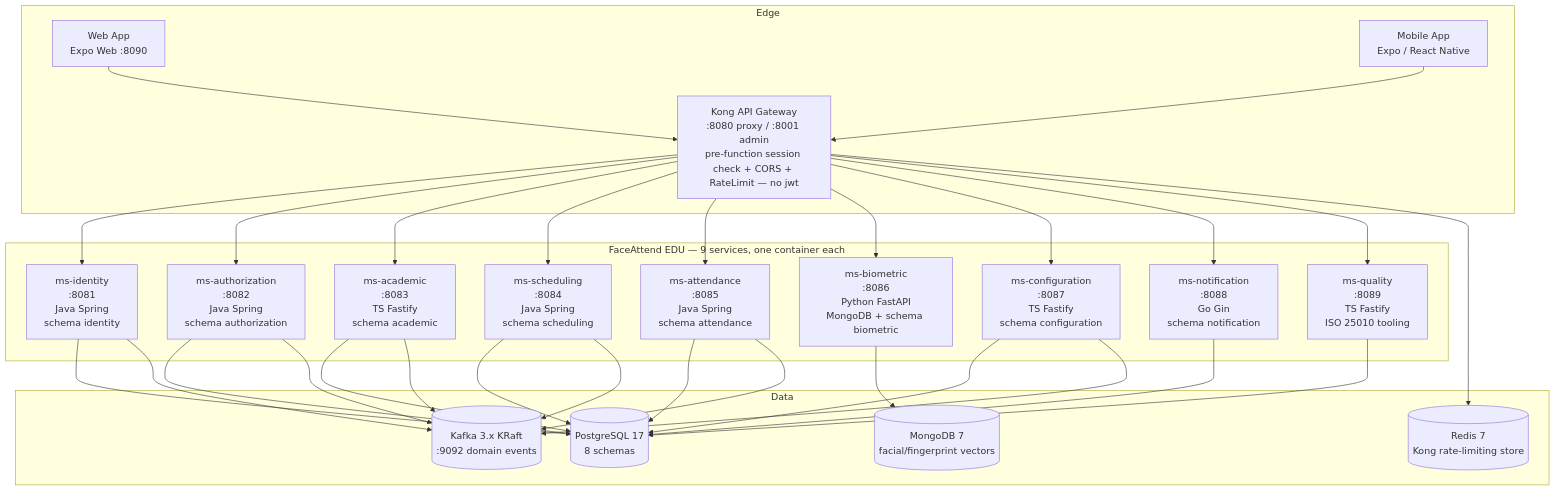
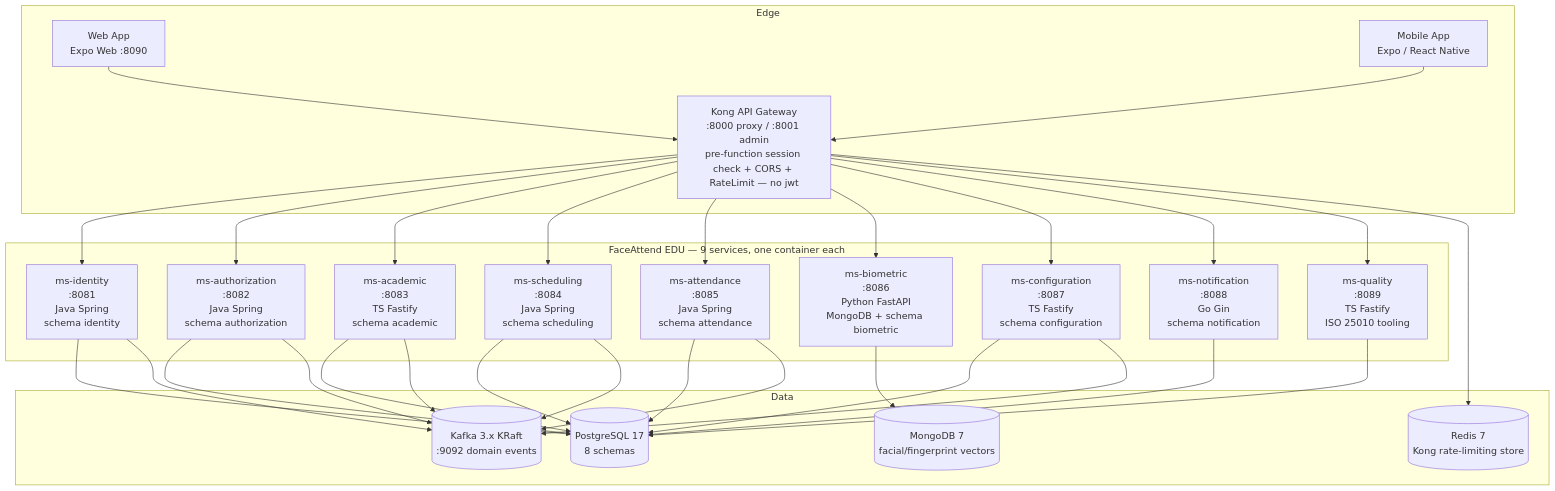
The second of 2 diagrams in 05-architecture/overview.md (code-sena/fae-docs), drawn with Mermaid before and after one commit. The commit also changed other lines of this file and 106 other files, not shown here.

First line of the commit message:
docs: align uml diagrams and fae-docs with the implemented stack and deployment

````diff
--- a/05-architecture/overview.md
+++ b/05-architecture/overview.md
@@ -57,52 +57,52 @@
 ```mermaid
 graph TB
   subgraph Edge
-    GW[Kong API Gateway<br/>:8080 proxy / :8001 admin<br/>pre-function session check + CORS + RateLimit — no jwt]
+    GW[Kong API Gateway<br/>:8000 proxy / :8001 admin<br/>pre-function session check + CORS + RateLimit — no jwt]
     WEB[Web App<br/>Expo Web :8090]
     MOB[Mobile App<br/>Expo / React Native]
   end
   subgraph Services [FaceAttend EDU — 9 services, one container each]
     ID[ms-identity<br/>:8081<br/>Java Spring<br/>schema identity]
     AZ[ms-authorization<br/>:8082<br/>Java Spring<br/>schema authorization]
     AC[ms-academic<br/>:8083<br/>TS Fastify<br/>schema academic]
     SC[ms-scheduling<br/>:8084<br/>Java Spring<br/>schema scheduling]
     AT[ms-attendance<br/>:8085<br/>Java Spring<br/>schema attendance]
     BM[ms-biometric<br/>:8086<br/>Python FastAPI<br/>MongoDB + schema biometric]
     CF[ms-configuration<br/>:8087<br/>TS Fastify<br/>schema configuration]
     NT[ms-notification<br/>:8088<br/>Go Gin<br/>schema notification]
     QL[ms-quality<br/>:8089<br/>TS Fastify<br/>ISO 25010 tooling]
   end
   subgraph Data
     PG[(PostgreSQL 17<br/>8 schemas)]
     MG[(MongoDB 7<br/>facial/fingerprint vectors)]
     RD[(Redis 7<br/>Kong rate-limiting store)]
     KA[(Kafka 3.x KRaft<br/>:9092 domain events)]
   end
   WEB --> GW
   MOB --> GW
   GW --> ID
   GW --> AZ
   GW --> AC
   GW --> SC
   GW --> AT
   GW --> BM
   GW --> CF
   GW --> NT
   GW --> QL
   ID --> PG
   AZ --> PG
   AC --> PG
   SC --> PG
   AT --> PG
   NT --> PG
   CF --> PG
   QL --> PG
   BM --> MG
   GW --> RD
   ID --> KA
   AZ --> KA
   AC --> KA
   SC --> KA
   AT --> KA
   CF --> KA
 ```
````
